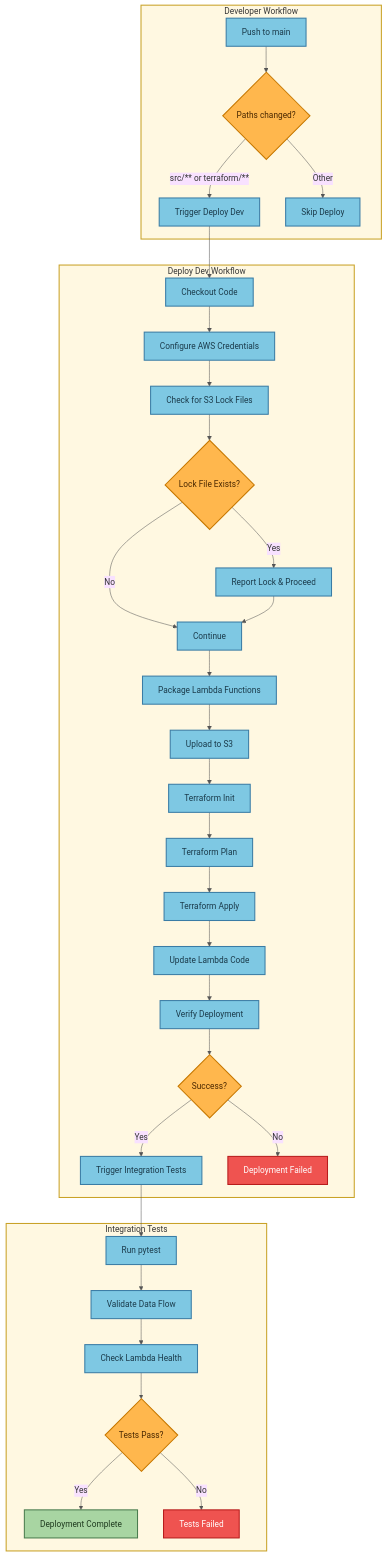
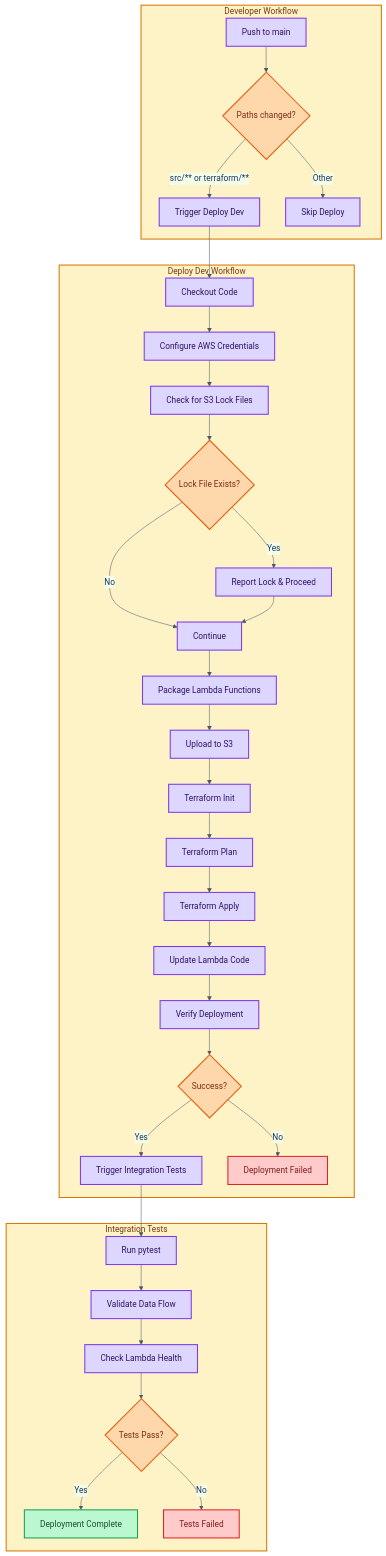
The first of 9 diagrams in docs/TERRAFORM_DEPLOYMENT_FLOW.md (traylorre/sentiment-analyzer-gsk), drawn with Mermaid before and after one commit. The commit also changed other lines of this file and 3 other files, not shown here.

First line of the commit message:
docs: Update all diagrams with unified WCAG-compliant color palette

````diff
--- a/docs/TERRAFORM_DEPLOYMENT_FLOW.md
+++ b/docs/TERRAFORM_DEPLOYMENT_FLOW.md
@@ -7,50 +7,50 @@
 ```mermaid
-%%{init: {'theme':'base', 'themeVariables': {'primaryColor':'#fff8e1', 'primaryTextColor':'#333', 'primaryBorderColor':'#c9a227', 'lineColor':'#555'}}}%%
+%%{init: {'theme': 'base', 'themeVariables': {'primaryColor': '#e8f4fd', 'primaryTextColor': '#1a365d', 'primaryBorderColor': '#3182ce', 'lineColor': '#4a5568'}}}%%
 flowchart TB
     subgraph DevWorkflow["Developer Workflow"]
         A[Push to main] --> B{Paths changed?}
         B -->|src/** or terraform/**| C[Trigger Deploy Dev]
         B -->|Other| D[Skip Deploy]
     end
 
     subgraph DeployWorkflow["Deploy Dev Workflow"]
         C --> E[Checkout Code]
         E --> F[Configure AWS Credentials]
         F --> G[Check for S3 Lock Files]
         G --> H{Lock File Exists?}
         H -->|Yes| I[Report Lock & Proceed]
         H -->|No| J[Continue]
         I --> J
         J --> K[Package Lambda Functions]
         K --> L[Upload to S3]
         L --> M[Terraform Init]
         M --> N[Terraform Plan]
         N --> O[Terraform Apply]
         O --> P[Update Lambda Code]
         P --> Q[Verify Deployment]
         Q --> R{Success?}
         R -->|Yes| S[Trigger Integration Tests]
         R -->|No| T[Deployment Failed]
     end
 
     subgraph IntegrationTests["Integration Tests"]
         S --> U[Run pytest]
         U --> V[Validate Data Flow]
         V --> W[Check Lambda Health]
         W --> X{Tests Pass?}
         X -->|Yes| Y[Deployment Complete]
         X -->|No| Z[Tests Failed]
     end
 
-    classDef stageBox fill:#fff8e1,stroke:#c9a227,stroke-width:2px,color:#333
-    classDef processNode fill:#7ec8e3,stroke:#3a7ca5,stroke-width:2px,color:#1a3a4a
-    classDef decisionNode fill:#ffb74d,stroke:#c77800,stroke-width:2px,color:#4a2800
-    classDef successNode fill:#a8d5a2,stroke:#4a7c4e,stroke-width:2px,color:#1e3a1e
-    classDef failNode fill:#ef5350,stroke:#b71c1c,stroke-width:2px,color:#fff
+    classDef stageBox fill:#fef3c7,stroke:#d97706,stroke-width:2px,color:#78350f
+    classDef processNode fill:#ddd6fe,stroke:#7c3aed,stroke-width:2px,color:#2e1065
+    classDef decisionNode fill:#fed7aa,stroke:#ea580c,stroke-width:2px,color:#7c2d12
+    classDef successNode fill:#bbf7d0,stroke:#16a34a,stroke-width:2px,color:#14532d
+    classDef failNode fill:#fecaca,stroke:#dc2626,stroke-width:2px,color:#7f1d1d
 
     class DevWorkflow,DeployWorkflow,IntegrationTests stageBox
     class A,C,D,E,F,G,I,J,K,L,M,N,O,P,Q,S,U,V,W processNode
     class B,H,R,X decisionNode
     class Y successNode
     class T,Z failNode
 ```
````
